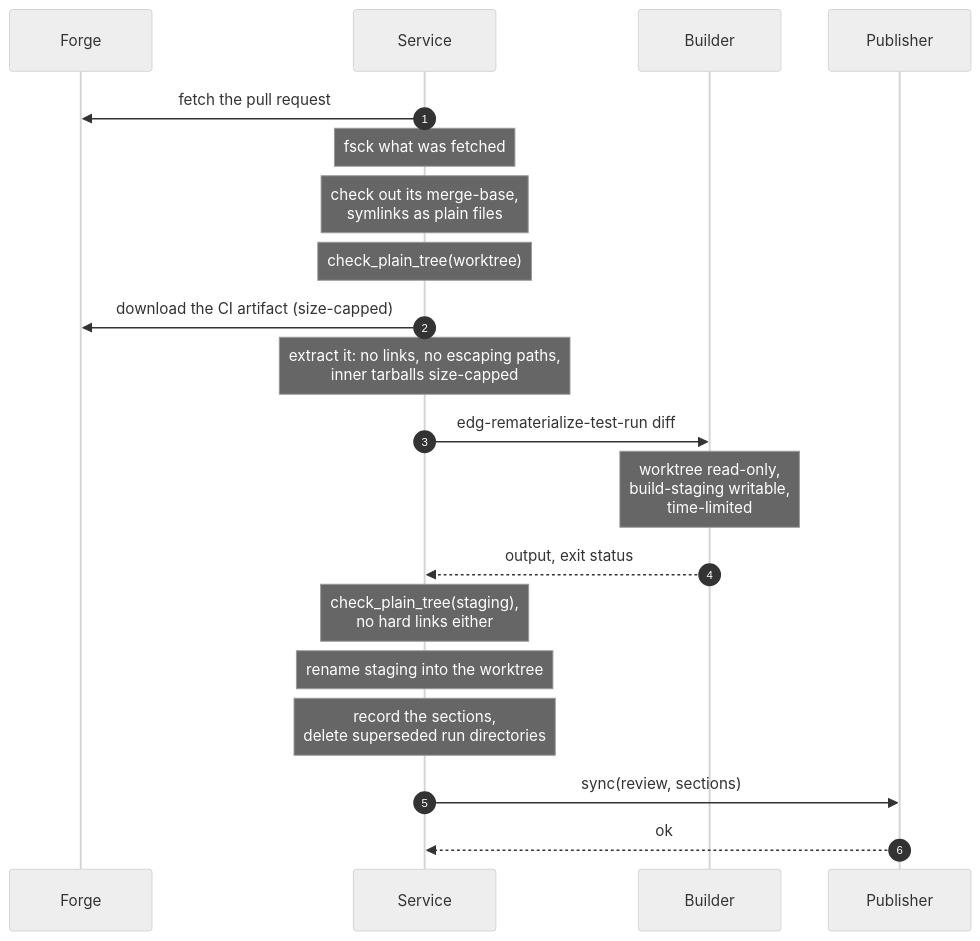
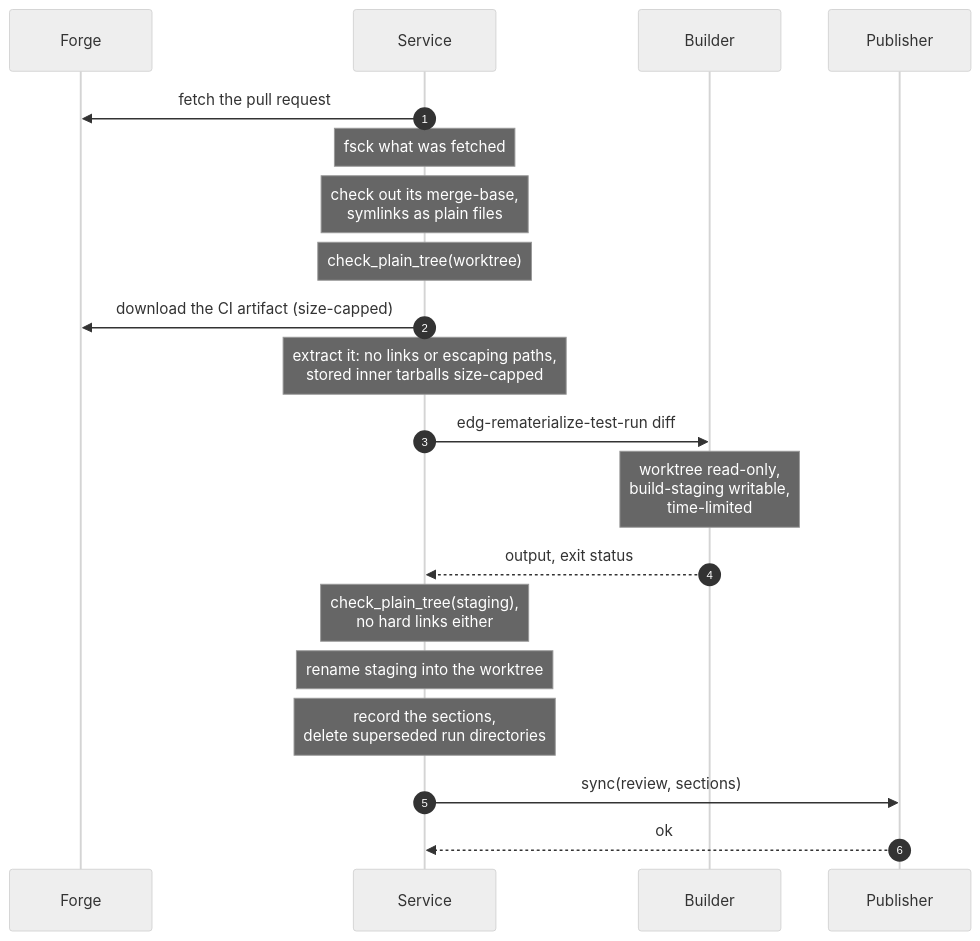
One commit to edgcpp/compiler changed the third of 7 diagrams in dev_tools/services/acknowledg-forge/SANDBOXING.md. Above: the diagram before and after it, drawn with Mermaid (neutral theme). The commit also changed other lines of this file and 8 other files, not shown here.

````diff
--- a/dev_tools/services/acknowledg-forge/SANDBOXING.md
+++ b/dev_tools/services/acknowledg-forge/SANDBOXING.md
@@ -269,23 +269,23 @@
 ```mermaid
 sequenceDiagram
   autonumber
   participant F as Forge
   participant S as Service
   participant B as Builder
   participant P as Publisher
 
   S->>F: fetch the pull request
   Note over S: fsck what was fetched
   Note over S: check out its merge-base,<br/>symlinks as plain files
   Note over S: check_plain_tree(worktree)
   S->>F: download the CI artifact (size-capped)
-  Note over S: extract it: no links, no escaping paths,<br/>inner tarballs size-capped
+  Note over S: extract it: no links or escaping paths,<br/>stored inner tarballs size-capped
   S->>B: edg-rematerialize-test-run diff
   Note over B: worktree read-only,<br/>build-staging writable,<br/>time-limited
   B-->>S: output, exit status
   Note over S: check_plain_tree(staging),<br/>no hard links either
   Note over S: rename staging into the worktree
   Note over S: record the sections,<br/>delete superseded run directories
   S->>P: sync(review, sections)
   P-->>S: ok
 ```
````
